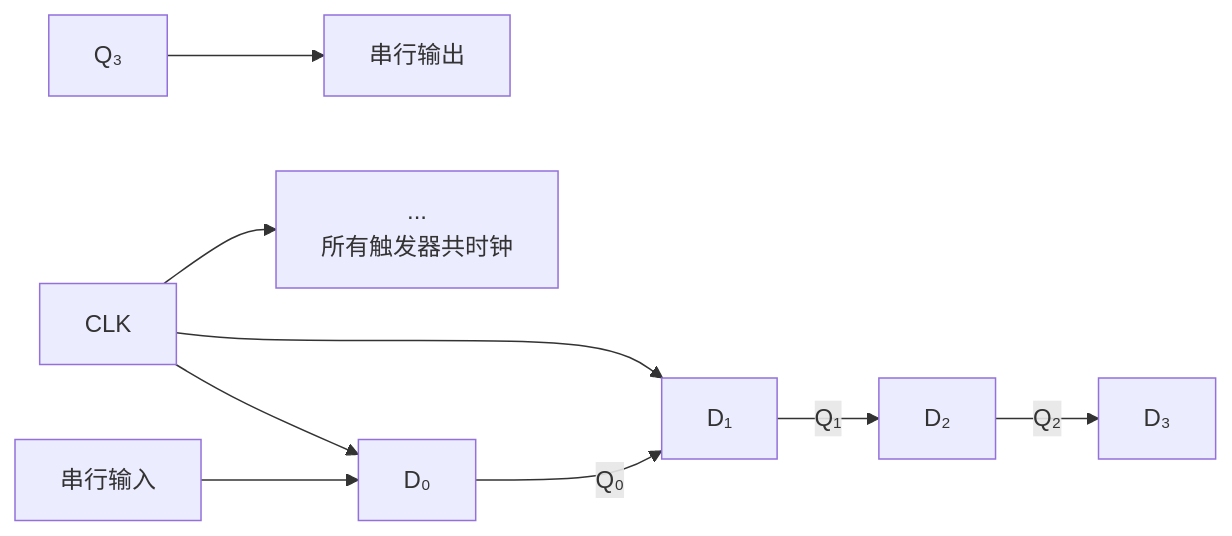
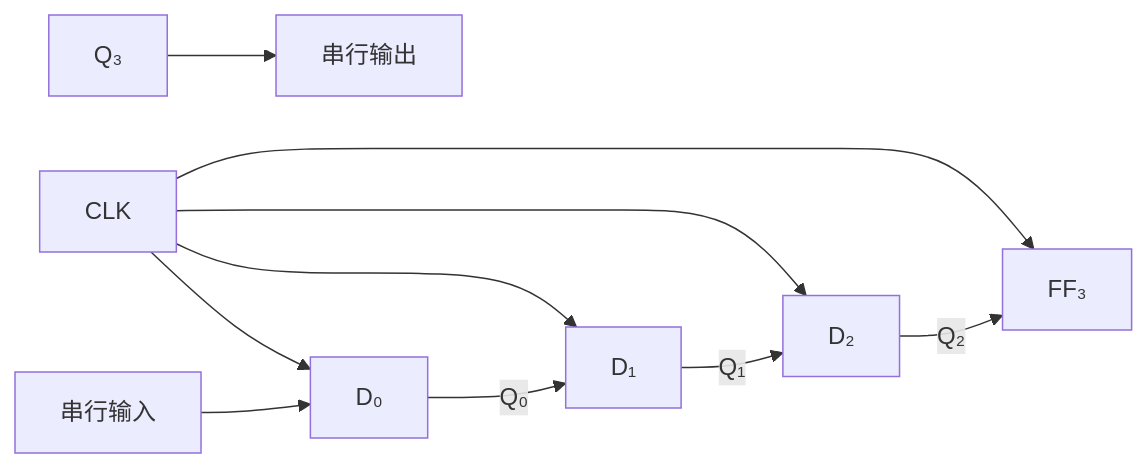
One commit to Ling-cn111/study-notes-2026 changed the seventh of 7 diagrams in 数电/第六章：时序逻辑电路.md. Above: the diagram before and after it, drawn with Mermaid. The commit also changed other lines of this file and 4 other files, not shown here.

Commit message:
fix: 修正数电文档中多处mermaid语法错误

````diff
--- a/数电/第六章：时序逻辑电路.md
+++ b/数电/第六章：时序逻辑电路.md
@@ -352,12 +350,12 @@
 ```mermaid
 flowchart LR
     DSI[串行输入] --> FF0[D₀]
     FF0 -->|Q₀| FF1[D₁]
     FF1 -->|Q₁| FF2[D₂]
     FF2 -->|Q₂| FF3[D₃]
     Q3[Q₃] --> DSO[串行输出]
     CLK --> FF0
     CLK --> FF1
-    CLK --> CLK2[...
-所有触发器共时钟]
+    CLK --> FF2
+    CLK --> FF3[FF₃]
 ```
````
